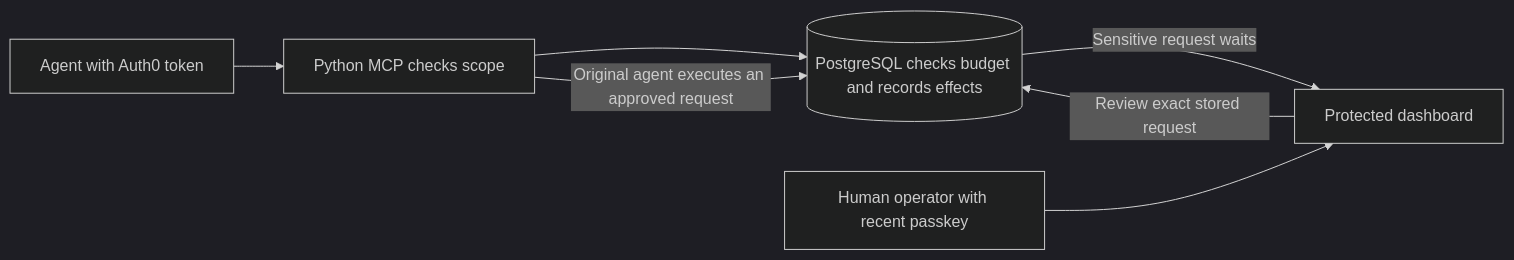
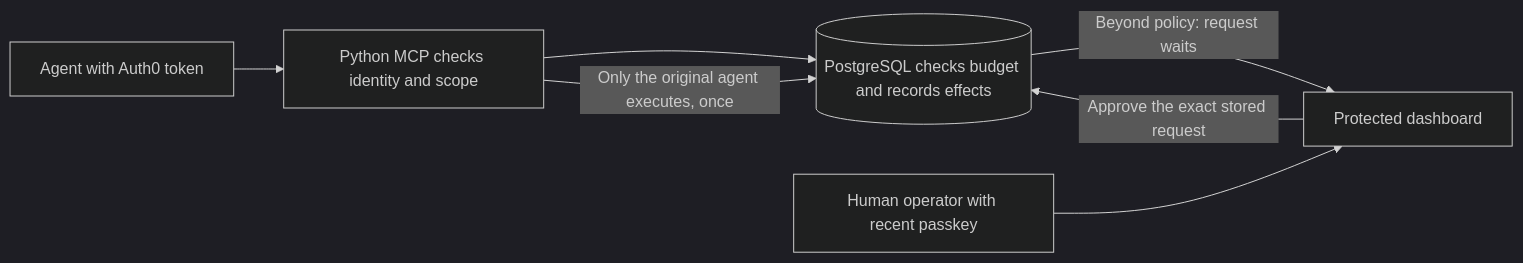
Before and after one commit to haisamar/agentguard: the diagram in README.md, drawn with Mermaid (dark theme). The commit also changed other lines of this file, not shown here.

````diff
--- a/README.md
+++ b/README.md
@@ -35,9 +45,9 @@
 ```mermaid
 flowchart LR
-    Agent[Agent with Auth0 token] --> MCP[Python MCP checks scope]
+    Agent[Agent with Auth0 token] --> MCP[Python MCP checks identity and scope]
     MCP --> DB[(PostgreSQL checks budget and records effects)]
-    DB -->|Sensitive request waits| Dashboard[Protected dashboard]
+    DB -->|Beyond policy: request waits| Dashboard[Protected dashboard]
     Human[Human operator with recent passkey] --> Dashboard
-    Dashboard -->|Review exact stored request| DB
-    MCP -->|Original agent executes an approved request| DB
+    Dashboard -->|Approve the exact stored request| DB
+    MCP -->|Only the original agent executes, once| DB
 ```
````
